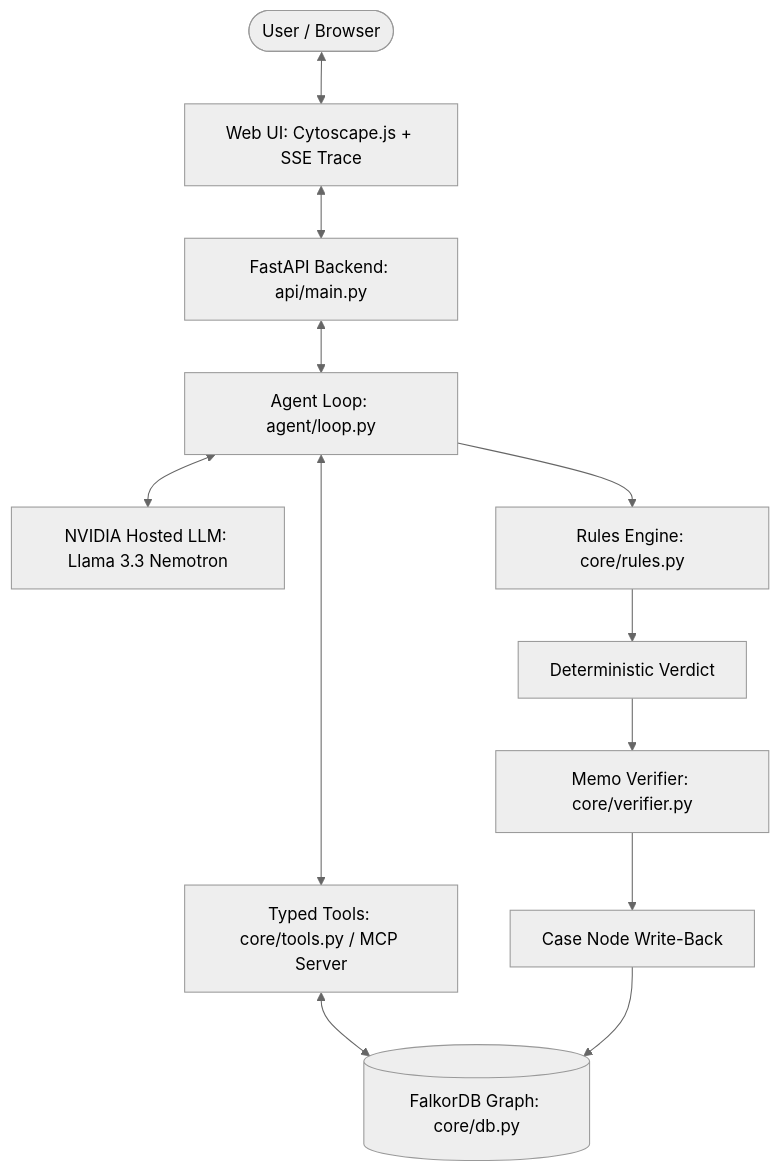
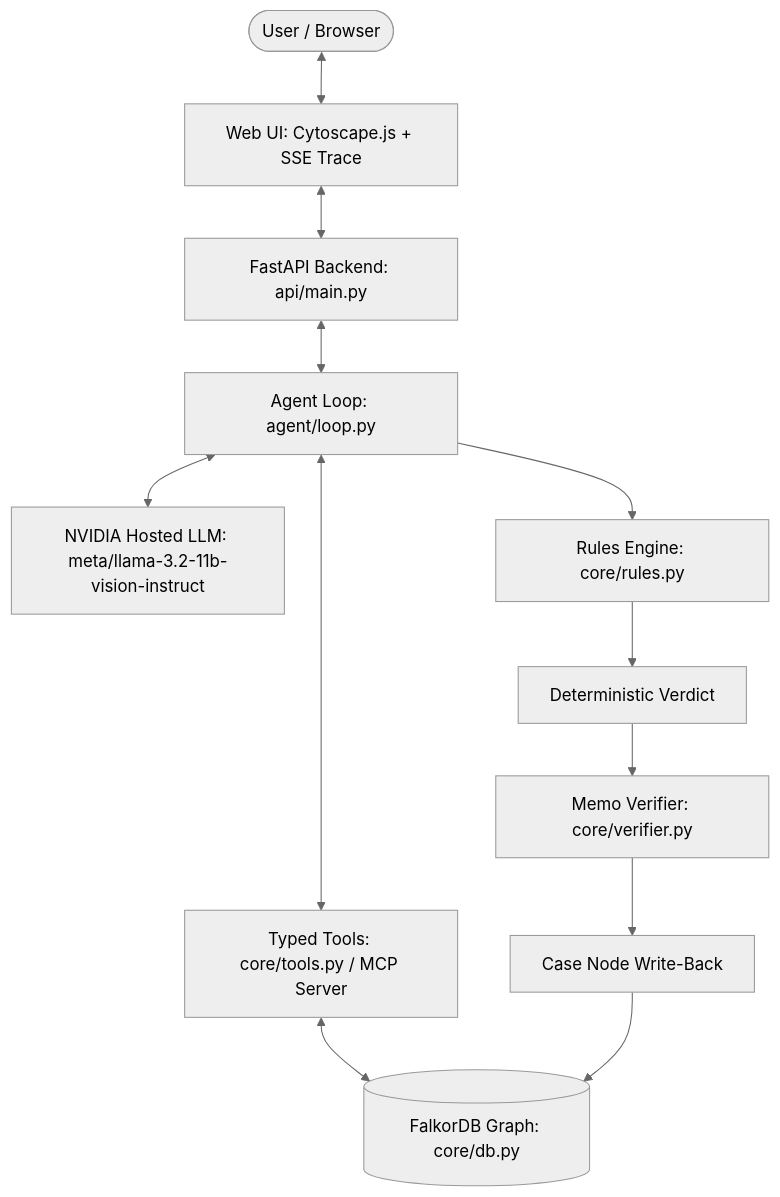
Before and after one commit to GoDxVictoryRR/ACD-Agent: the first of 2 diagrams in README.md, drawn with Mermaid (neutral theme). The commit also changed other lines of this file and 7 other files, not shown here.

````diff
--- a/README.md
+++ b/README.md
@@ -43,14 +45,14 @@
 ```mermaid
 graph TD
     User([User / Browser]) <--> UI[Web UI: Cytoscape.js + SSE Trace]
     UI <--> API[FastAPI Backend: api/main.py]
     API <--> Loop[Agent Loop: agent/loop.py]
-    Loop <--> LLM[NVIDIA Hosted LLM: Llama 3.3 Nemotron]
+    Loop <--> LLM[NVIDIA Hosted LLM: meta/llama-3.2-11b-vision-instruct]
     Loop <--> Tools[Typed Tools: core/tools.py / MCP Server]
     Tools <--> DB[(FalkorDB Graph: core/db.py)]
     Loop --> Rules[Rules Engine: core/rules.py]
     Rules --> Verdict[Deterministic Verdict]
     Verdict --> Verifier[Memo Verifier: core/verifier.py]
     Verifier --> WriteBack[Case Node Write-Back]
     WriteBack --> DB
 ```
````
